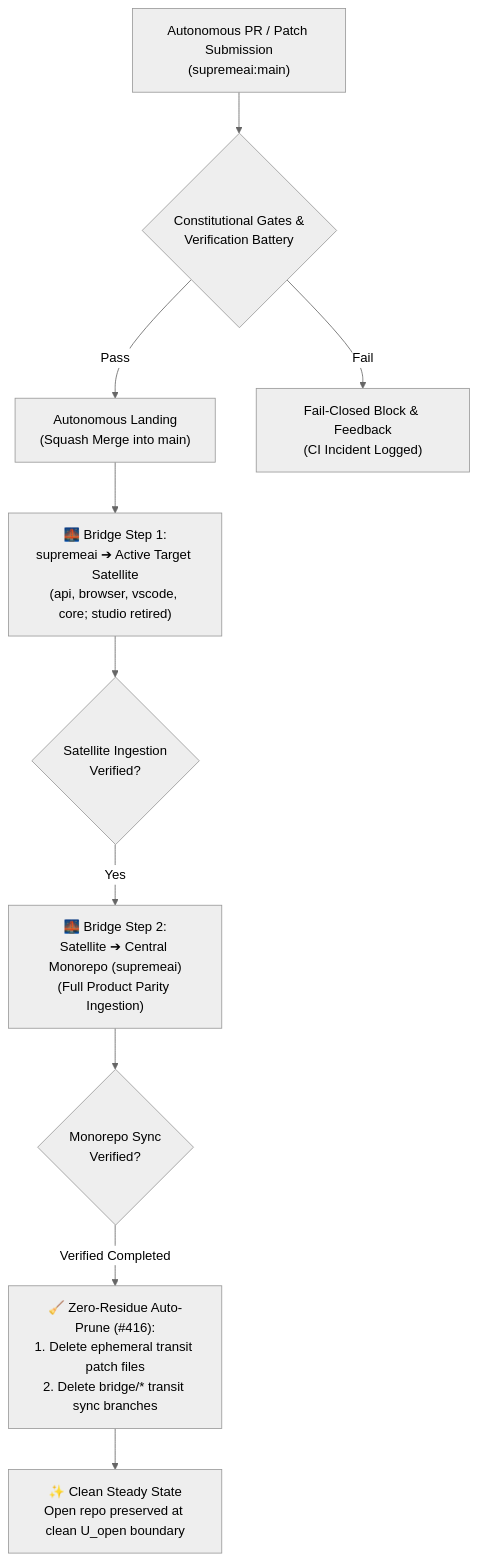
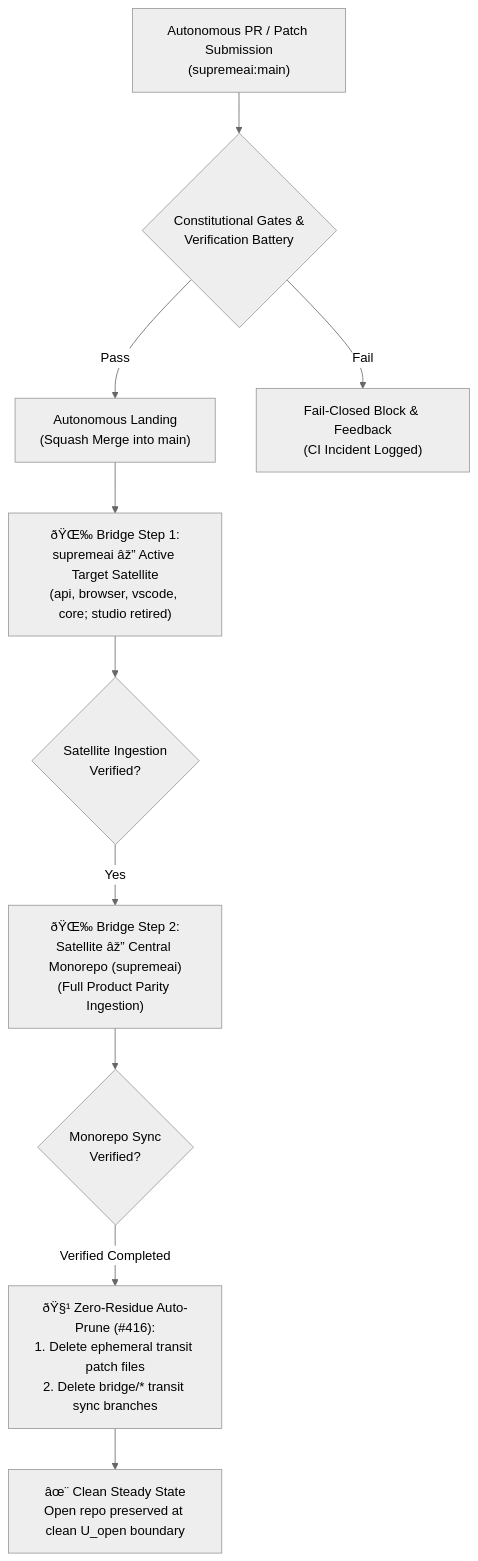
Before and after one commit to Supremeai-bd/supremeai: the third of 4 diagrams in README.md, drawn with Mermaid (neutral theme). The commit also changed other lines of this file and 560 other files, not shown here.

````diff
--- a/README.md
+++ b/README.md
@@ -97,18 +97,18 @@
 ```mermaid
 flowchart TD
     PR["Autonomous PR / Patch Submission<br>(supremeai:main)"] --> GATES{"Constitutional Gates &<br>Verification Battery"}
     
     GATES -- "Pass" --> LAND["Autonomous Landing<br>(Squash Merge into main)"]
     GATES -- "Fail" --> REJECT["Fail-Closed Block & Feedback<br>(CI Incident Logged)"]
     
-    LAND --> STEP1["🌉 Bridge Step 1:<br>supremeai ➔ Active Target Satellite<br>(api, browser, vscode, core; studio retired)"]
+    LAND --> STEP1["ðŸŒ‰ Bridge Step 1:<br>supremeai âž” Active Target Satellite<br>(api, browser, vscode, core; studio retired)"]
     
     STEP1 --> VERIFY1{"Satellite Ingestion<br>Verified?"}
-    VERIFY1 -- "Yes" --> STEP2["🌉 Bridge Step 2:<br>Satellite ➔ Central Monorepo (supremeai)<br>(Full Product Parity Ingestion)"]
+    VERIFY1 -- "Yes" --> STEP2["ðŸŒ‰ Bridge Step 2:<br>Satellite âž” Central Monorepo (supremeai)<br>(Full Product Parity Ingestion)"]
     
     STEP2 --> VERIFY2{"Monorepo Sync<br>Verified?"}
     
-    VERIFY2 -- "Verified Completed" --> PRUNE["🧹 Zero-Residue Auto-Prune (#416):<br>1. Delete ephemeral transit patch files<br>2. Delete bridge/* transit sync branches"]
+    VERIFY2 -- "Verified Completed" --> PRUNE["ðŸ§¹ Zero-Residue Auto-Prune (#416):<br>1. Delete ephemeral transit patch files<br>2. Delete bridge/* transit sync branches"]
     
-    PRUNE --> CLEAN["✨ Clean Steady State<br>Open repo preserved at clean U_open boundary"]
+    PRUNE --> CLEAN["âœ¨ Clean Steady State<br>Open repo preserved at clean U_open boundary"]
 ```
````
